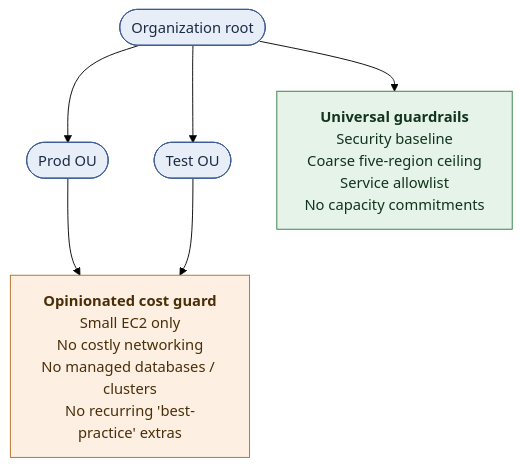
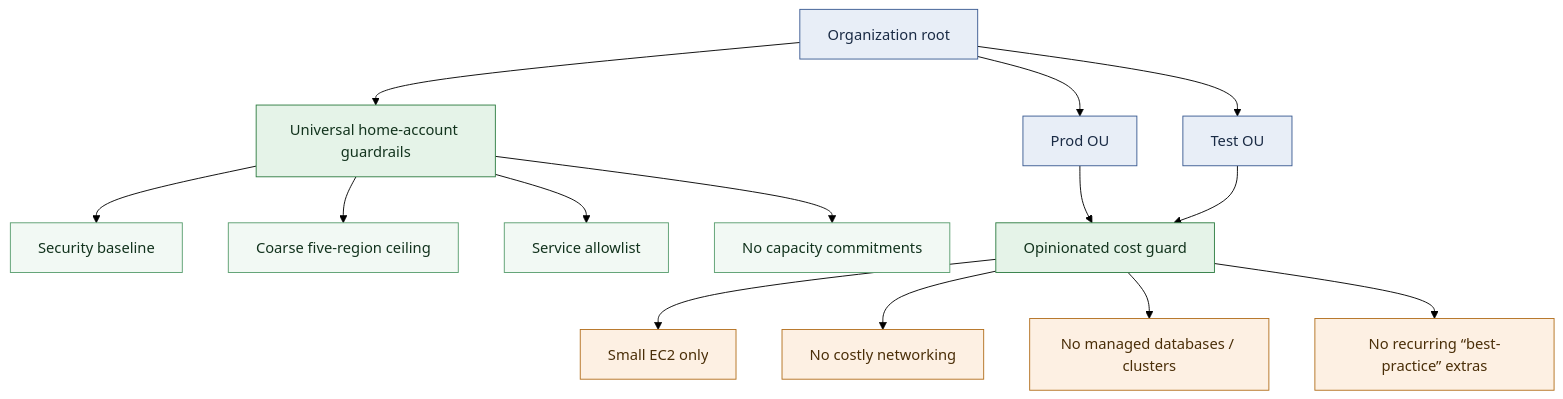
Before and after one commit to realcloudnative/personal-aws-guardrails: the second of 2 diagrams in README.md, drawn with Mermaid (forest theme). The commit also changed other lines of this file, not shown here.

Commit message:
Color-code SCP layers diagram without collapsing boxes

````diff
--- a/README.md
+++ b/README.md
@@ -143,23 +143,32 @@
 ```mermaid
 flowchart TD
-    Root([Organization root])
-    Prod([Prod OU])
-    Test([Test OU])
+    Root[Organization root]
+    Prod[Prod OU]
+    Test[Test OU]
 
-    Root --> Universal
+    Root --> Universal[Universal home-account guardrails]
+    Universal --> U1[Security baseline]
+    Universal --> U2[Coarse five-region ceiling]
+    Universal --> U3[Service allowlist]
+    Universal --> U4[No capacity commitments]
+
     Root --> Prod
     Root --> Test
-    Prod --> Opinionated
+    Prod --> Opinionated[Opinionated cost guard]
     Test --> Opinionated
 
-    Universal["<b>Universal guardrails</b><br/>Security baseline<br/>Coarse five-region ceiling<br/>Service allowlist<br/>No capacity commitments"]
-    Opinionated["<b>Opinionated cost guard</b><br/>Small EC2 only<br/>No costly networking<br/>No managed databases / clusters<br/>No recurring 'best-practice' extras"]
+    Opinionated --> O1[Small EC2 only]
+    Opinionated --> O2[No costly networking]
+    Opinionated --> O3[No managed databases / clusters]
+    Opinionated --> O4[No recurring “best-practice” extras]
 
     classDef structure fill:#e8eef7,stroke:#3b5b92,color:#1a2b45;
-    classDef universal fill:#e5f3e8,stroke:#2f7d43,color:#12331d;
-    classDef opinionated fill:#fdf0e3,stroke:#b3701f,color:#4a2e08;
+    classDef policy fill:#e5f3e8,stroke:#2f7d43,color:#12331d;
+    classDef universalItem fill:#f2f9f4,stroke:#5a9e6f,color:#12331d;
+    classDef opinionatedItem fill:#fdf0e3,stroke:#b3701f,color:#4a2e08;
 
     class Root,Prod,Test structure;
-    class Universal universal;
-    class Opinionated opinionated;
+    class Universal,Opinionated policy;
+    class U1,U2,U3,U4 universalItem;
+    class O1,O2,O3,O4 opinionatedItem;
 ```
````
